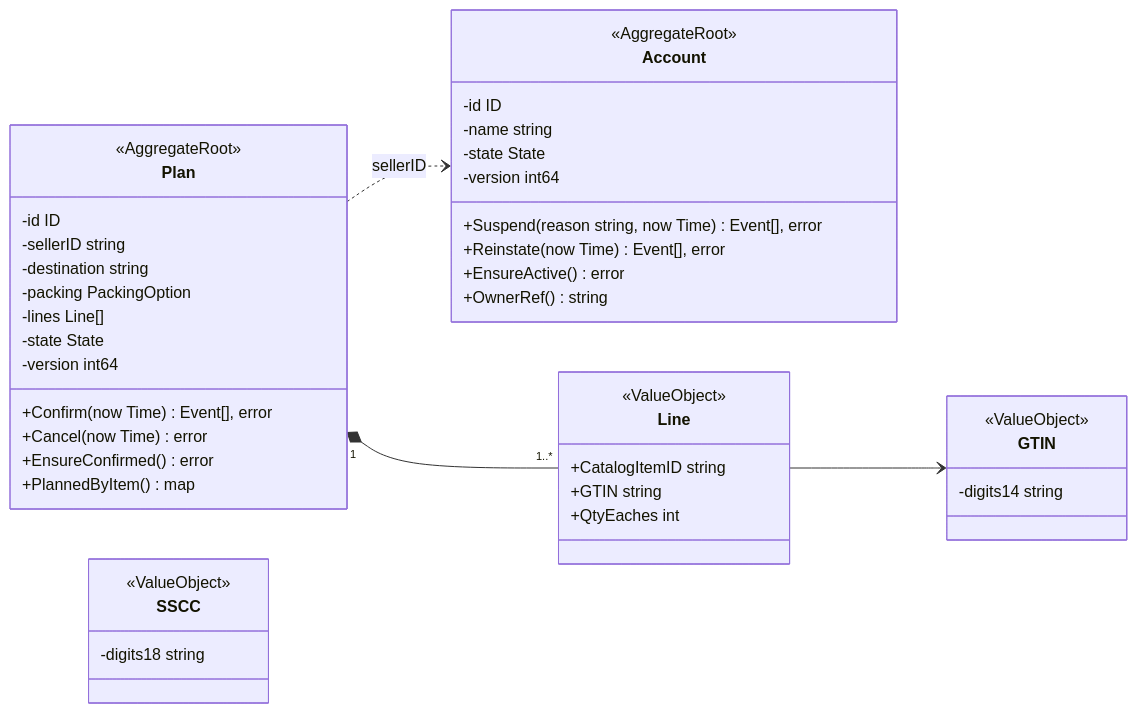
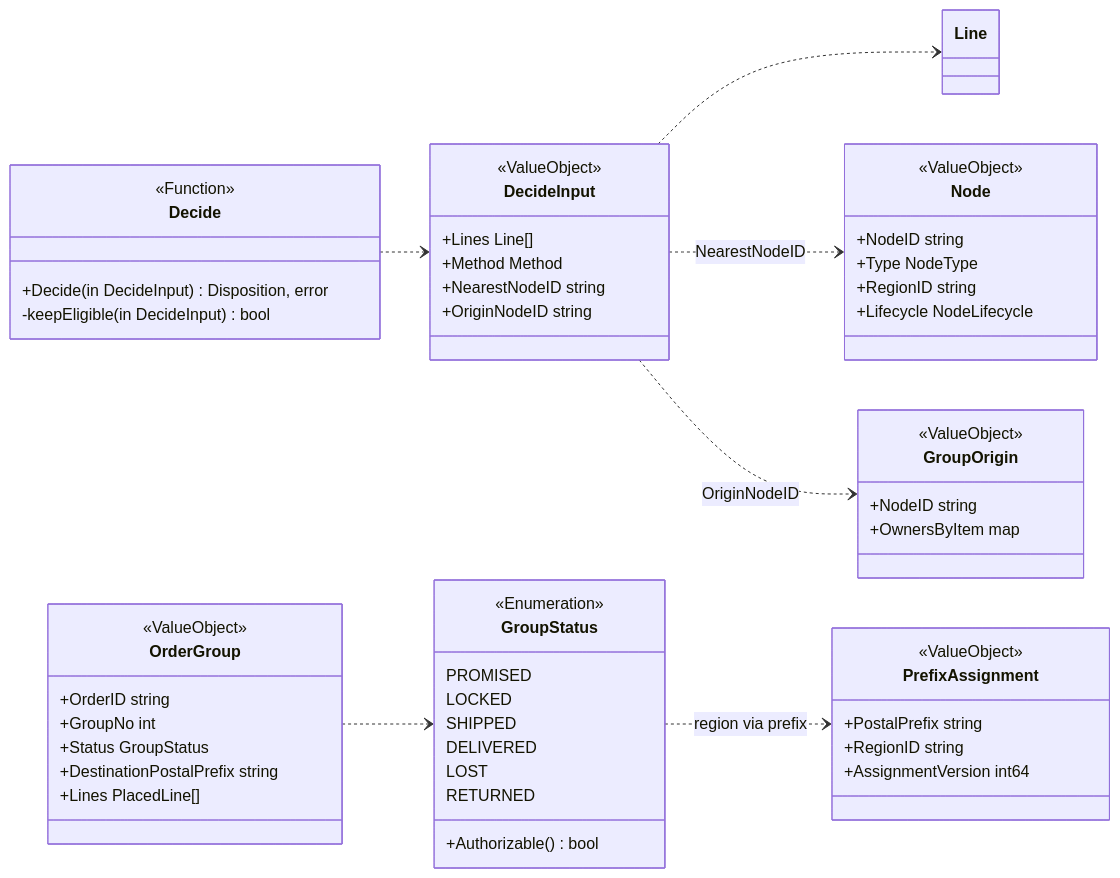
The second of 3 diagrams in docs/docs/ddd/class-diagram.md (IQVO/customer-returns), drawn with Mermaid before and after one commit. The commit also changed other lines of this file and 13 other files, not shown here.

````diff
--- a/docs/docs/ddd/class-diagram.md
+++ b/docs/docs/ddd/class-diagram.md
@@ -65,46 +97,58 @@
 ```mermaid
 classDiagram
     direction LR
-    class Account {
-        <<AggregateRoot>>
-        -id ID
-        -name string
-        -state State
-        -version int64
-        +Suspend(reason string, now Time) Event[], error
-        +Reinstate(now Time) Event[], error
-        +EnsureActive() error
-        +OwnerRef() string
+    class Decide {
+        <<Function>>
+        +Decide(in DecideInput) Disposition, error
+        -keepEligible(in DecideInput) bool
     }
-    class Plan {
-        <<AggregateRoot>>
-        -id ID
-        -sellerID string
-        -destination string
-        -packing PackingOption
-        -lines Line[]
-        -state State
-        -version int64
-        +Confirm(now Time) Event[], error
-        +Cancel(now Time) error
-        +EnsureConfirmed() error
-        +PlannedByItem() map
+    class DecideInput {
+        <<ValueObject>>
+        +Lines Line[]
+        +Method Method
+        +NearestNodeID string
+        +OriginNodeID string
     }
-    class Line {
+    class OrderGroup {
         <<ValueObject>>
-        +CatalogItemID string
-        +GTIN string
-        +QtyEaches int
+        +OrderID string
+        +GroupNo int
+        +Status GroupStatus
+        +DestinationPostalPrefix string
+        +Lines PlacedLine[]
     }
-    class GTIN {
+    class GroupStatus {
+        <<Enumeration>>
+        PROMISED
+        LOCKED
+        SHIPPED
+        DELIVERED
+        LOST
+        RETURNED
+        +Authorizable() bool
+    }
+    class Node {
         <<ValueObject>>
-        -digits14 string
+        +NodeID string
+        +Type NodeType
+        +RegionID string
+        +Lifecycle NodeLifecycle
     }
-    class SSCC {
+    class PrefixAssignment {
         <<ValueObject>>
-        -digits18 string
+        +PostalPrefix string
+        +RegionID string
+        +AssignmentVersion int64
     }
-    Plan "1" *-- "1..*" Line
-    Line --> GTIN
-    Plan ..> Account : sellerID
+    class GroupOrigin {
+        <<ValueObject>>
+        +NodeID string
+        +OwnersByItem map
+    }
+    Decide ..> DecideInput
+    DecideInput ..> Line
+    DecideInput ..> Node : NearestNodeID
+    DecideInput ..> GroupOrigin : OriginNodeID
+    OrderGroup ..> GroupStatus
+    GroupStatus ..> PrefixAssignment : region via prefix
 ```
````
